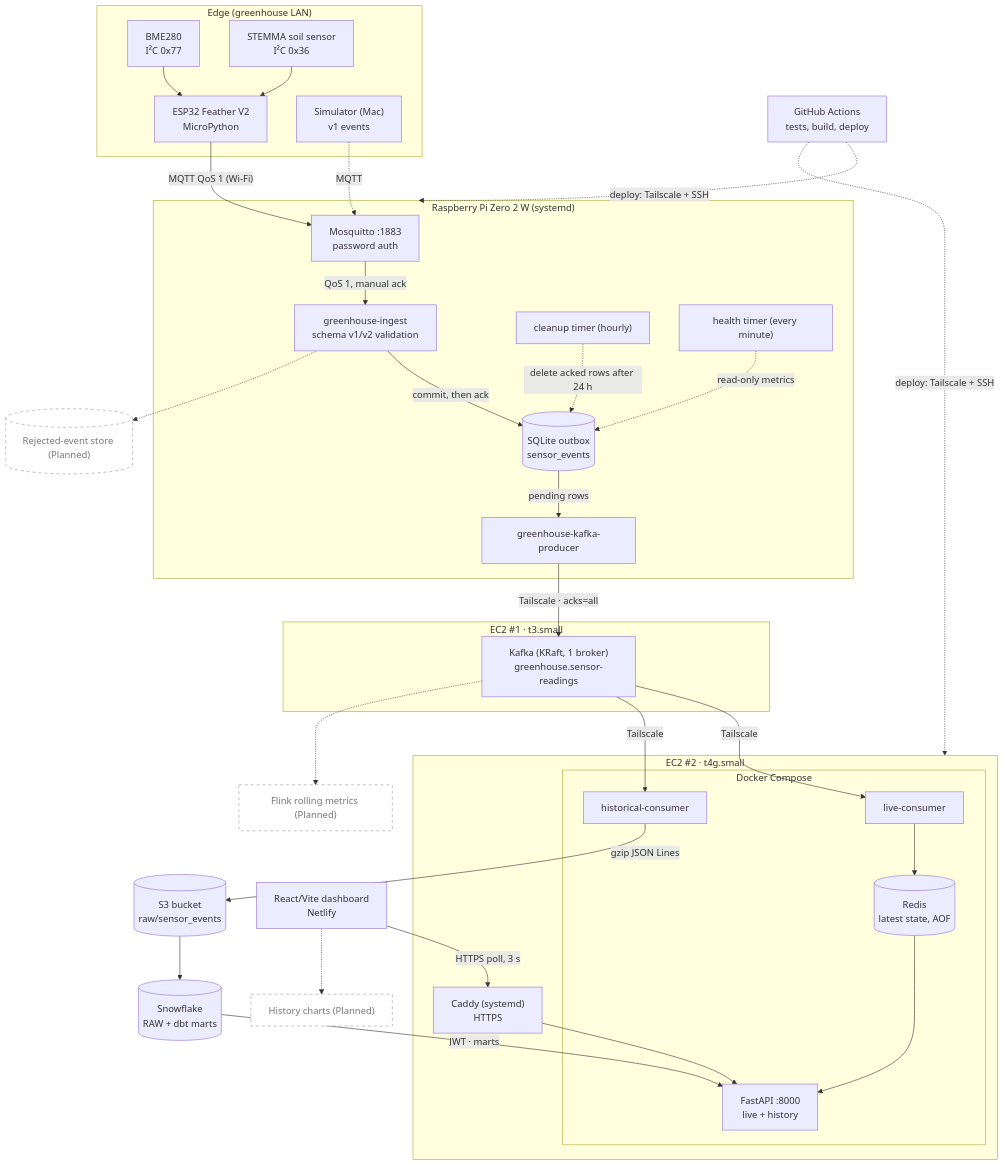
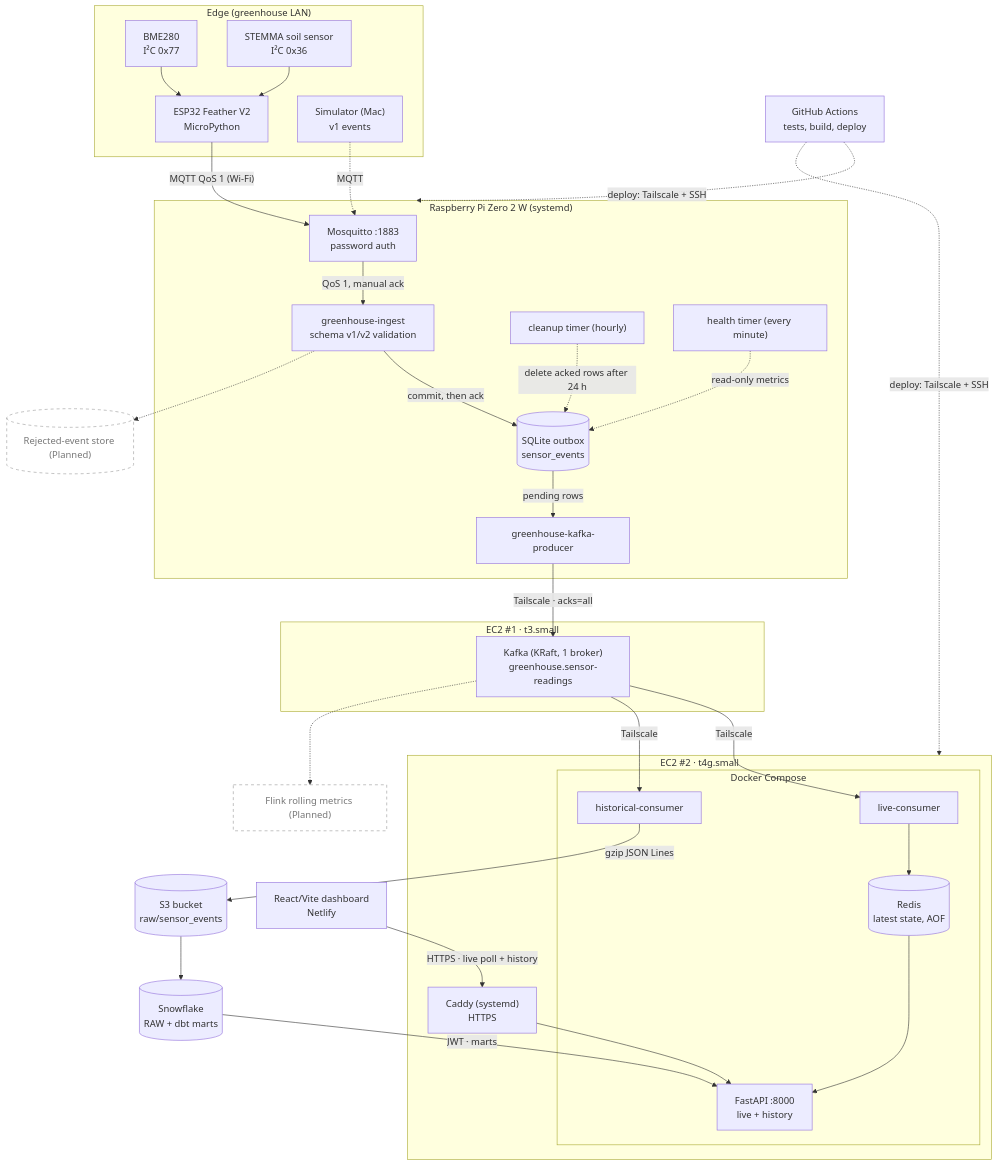
The diagram in docs/architecture.md (0GregoryJ/greenhouse-iot-streaming-pipeline), drawn with Mermaid before and after one commit. The commit also changed other lines of this file and 34 other files, not shown here.

````diff
--- a/docs/architecture.md
+++ b/docs/architecture.md
@@ -9,62 +9,61 @@
 ```mermaid
 flowchart TB
   subgraph edge["Edge (greenhouse LAN)"]
     bme["BME280<br/>I²C 0x77"] --> esp["ESP32 Feather V2<br/>MicroPython"]
     soil["STEMMA soil sensor<br/>I²C 0x36"] --> esp
     sim["Simulator (Mac)<br/>v1 events"]
   end
 
   subgraph pi["Raspberry Pi Zero 2 W (systemd)"]
     mqtt["Mosquitto :1883<br/>password auth"]
     ingest["greenhouse-ingest<br/>schema v1/v2 validation"]
     sqlite[("SQLite outbox<br/>sensor_events")]
     prod["greenhouse-kafka-producer"]
     clean["cleanup timer (hourly)"]
     health["health timer (every minute)"]
     mqtt -->|"QoS 1, manual ack"| ingest
     ingest -->|"commit, then ack"| sqlite
     sqlite -->|"pending rows"| prod
     clean -.->|"delete acked rows after 24 h"| sqlite
     health -.->|"read-only metrics"| sqlite
   end
 
   subgraph ec2a["EC2 #1 · t3.small"]
     kafka["Kafka (KRaft, 1 broker)<br/>greenhouse.sensor-readings"]
   end
 
   subgraph ec2b["EC2 #2 · t4g.small"]
     subgraph compose["Docker Compose"]
       consumer["live-consumer"]
       histcons["historical-consumer"]
       redis[("Redis<br/>latest state, AOF")]
       api["FastAPI :8000<br/>live + history"]
     end
     caddy["Caddy (systemd)<br/>HTTPS"]
     consumer --> redis
     redis --> api
     caddy --> api
   end
 
   snow[("Snowflake<br/>RAW + dbt marts")]
   dash["React/Vite dashboard<br/>Netlify"]
   gha["GitHub Actions<br/>tests, build, deploy"]
 
   esp -->|"MQTT QoS 1 (Wi-Fi)"| mqtt
   sim -.->|"MQTT"| mqtt
   prod -->|"Tailscale · acks=all"| kafka
   kafka -->|"Tailscale"| consumer
   kafka -->|"Tailscale"| histcons
   histcons -->|"gzip JSON Lines"| s3[("S3 bucket<br/>raw/sensor_events")]
   s3 --> snow
   snow -->|"JWT · marts"| api
-  dash -->|"HTTPS poll, 3 s"| caddy
+  dash -->|"HTTPS · live poll + history"| caddy
   gha -.->|"deploy: Tailscale + SSH"| pi
   gha -.->|"deploy: Tailscale + SSH"| compose
 
   kafka -.-> flink["Flink rolling metrics (Planned)"]
   ingest -.-> dlq[("Rejected-event store (Planned)")]
-  dash -.-> charts["History charts (Planned)"]
 
   classDef planned fill:#fff,stroke:#999,stroke-dasharray:5 5,color:#777;
-  class flink,dlq,charts planned;
+  class flink,dlq planned;
 ```
````
